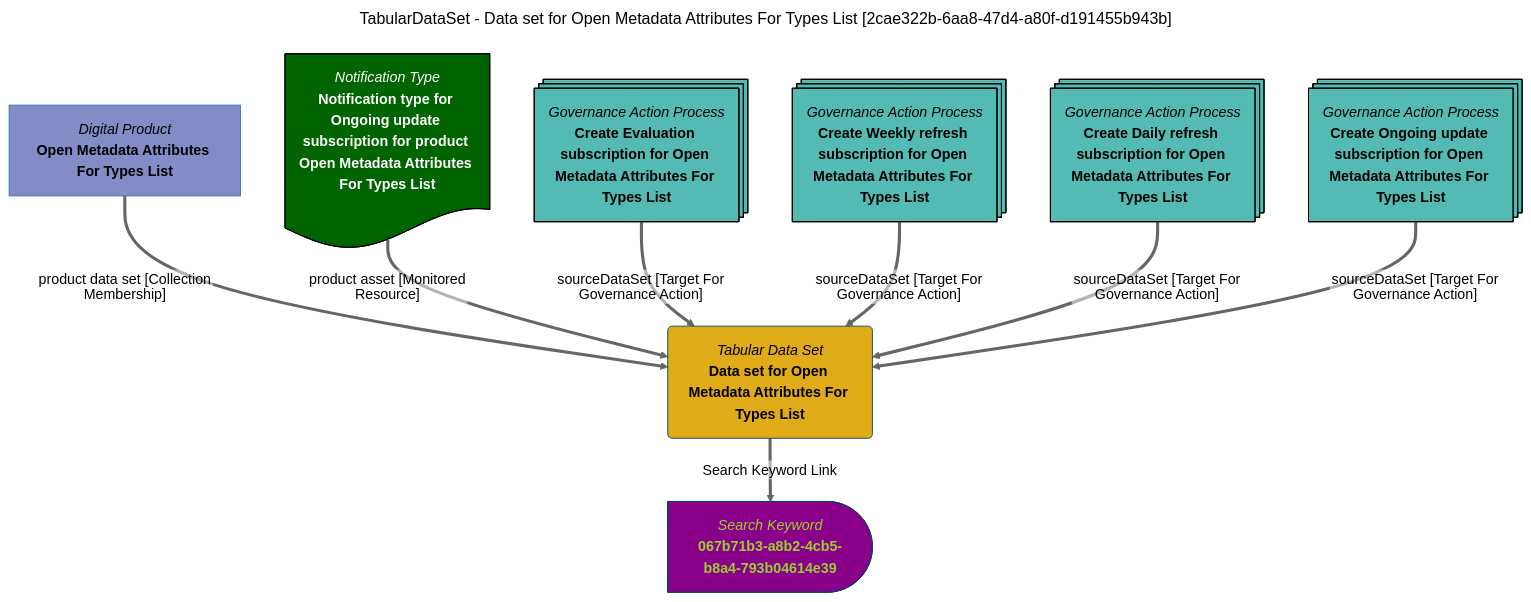
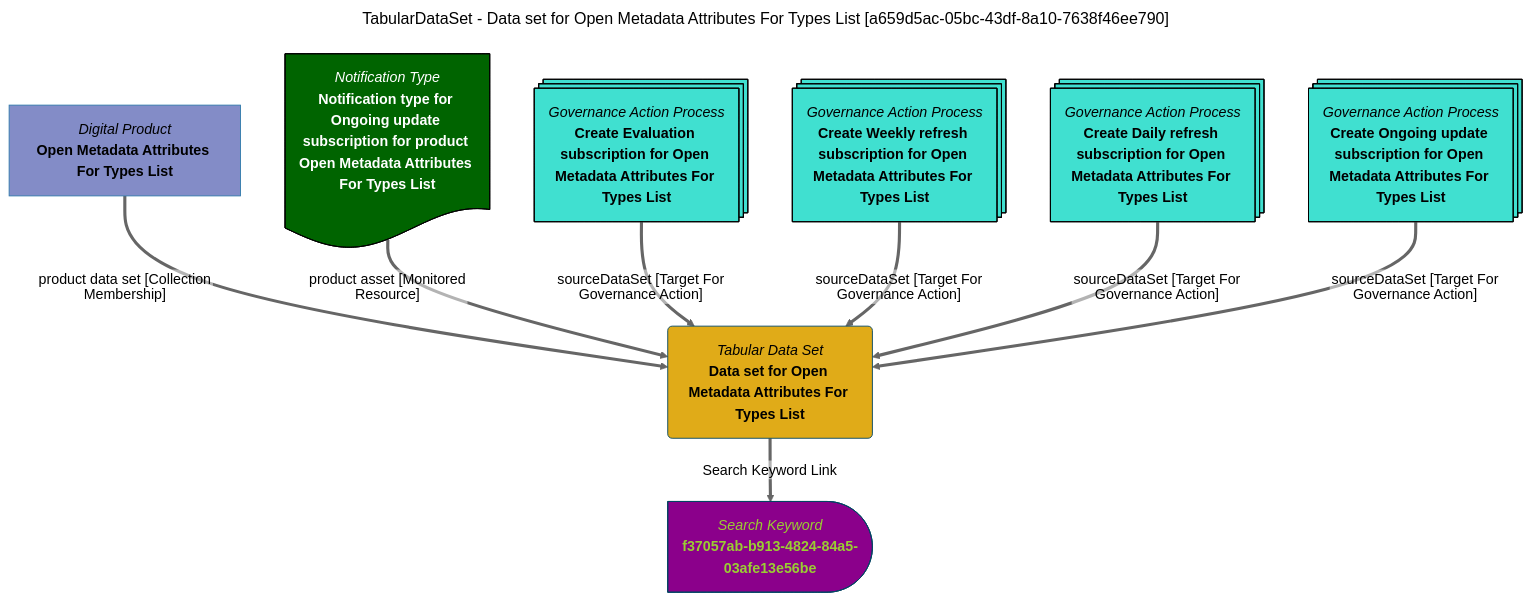
The diagram in site/snippets/data-assets/data-set-for-open-metadata-attributes-for-types-list-mermaid-graph.md (odpi/egeria-docs), drawn with Mermaid (neutral theme) before and after one commit. The commit also changed 2201 other files, not shown here.

````diff
--- a/site/snippets/data-assets/data-set-for-open-metadata-attributes-for-types-list-mermaid-graph.md
+++ b/site/snippets/data-assets/data-set-for-open-metadata-attributes-for-types-list-mermaid-graph.md
@@ -1,39 +1,39 @@
 ```mermaid
 ---
-title: TabularDataSet - Data set for Open Metadata Attributes For Types List [2cae322b-6aa8-47d4-a80f-d191455b943b]
+title: TabularDataSet - Data set for Open Metadata Attributes For Types List [a659d5ac-05bc-43df-8a10-7638f46ee790]
 ---
 flowchart TD
 %%{init: {"flowchart": {"htmlLabels": false}} }%%
 
 1@{ shape: rounded, label: "*Tabular Data Set*
 **Data set for Open Metadata Attributes For Types List**"}
 2@{ shape: delay, label: "*Search Keyword*
-**067b71b3-a8b2-4cb5-b8a4-793b04614e39**"}
+**f37057ab-b913-4824-84a5-03afe13e56be**"}
 1==>|"Search Keyword Link"|2
 3@{ shape: rect, label: "*Digital Product*
 **Open Metadata Attributes For Types List**"}
 3==>|"product data set [Collection Membership]"|1
 4@{ shape: doc, label: "*Notification Type*
 **Notification type for Ongoing update subscription for product Open Metadata Attributes For Types List**"}
 4==>|"product asset [Monitored Resource]"|1
 5@{ shape: processes, label: "*Governance Action Process*
 **Create Evaluation subscription for Open Metadata Attributes For Types List**"}
 5==>|"sourceDataSet [Target For Governance Action]"|1
 6@{ shape: processes, label: "*Governance Action Process*
 **Create Weekly refresh subscription for Open Metadata Attributes For Types List**"}
 6==>|"sourceDataSet [Target For Governance Action]"|1
 7@{ shape: processes, label: "*Governance Action Process*
 **Create Daily refresh subscription for Open Metadata Attributes For Types List**"}
 7==>|"sourceDataSet [Target For Governance Action]"|1
 8@{ shape: processes, label: "*Governance Action Process*
 **Create Ongoing update subscription for Open Metadata Attributes For Types List**"}
 8==>|"sourceDataSet [Target For Governance Action]"|1
 style 1 color:#000000, fill:#e0ab18, stroke:#004563
-style 2 color:#9acd32, fill:#8b008b, stroke:#004563
+style 2 color:#9ACD32, fill:#8B008B, stroke:#004563
 style 3 color:#000000, fill:#838cc7, stroke:#3079ab
 style 4 color:#FFFFFF, fill:#006400, stroke:#000000
-style 5 color:#000000, fill:#53bbb4, stroke:#000000
-style 6 color:#000000, fill:#53bbb4, stroke:#000000
-style 7 color:#000000, fill:#53bbb4, stroke:#000000
-style 8 color:#000000, fill:#53bbb4, stroke:#000000
+style 5 color:#000000, fill:#40E0D0, stroke:#000000
+style 6 color:#000000, fill:#40E0D0, stroke:#000000
+style 7 color:#000000, fill:#40E0D0, stroke:#000000
+style 8 color:#000000, fill:#40E0D0, stroke:#000000
 ```
````
